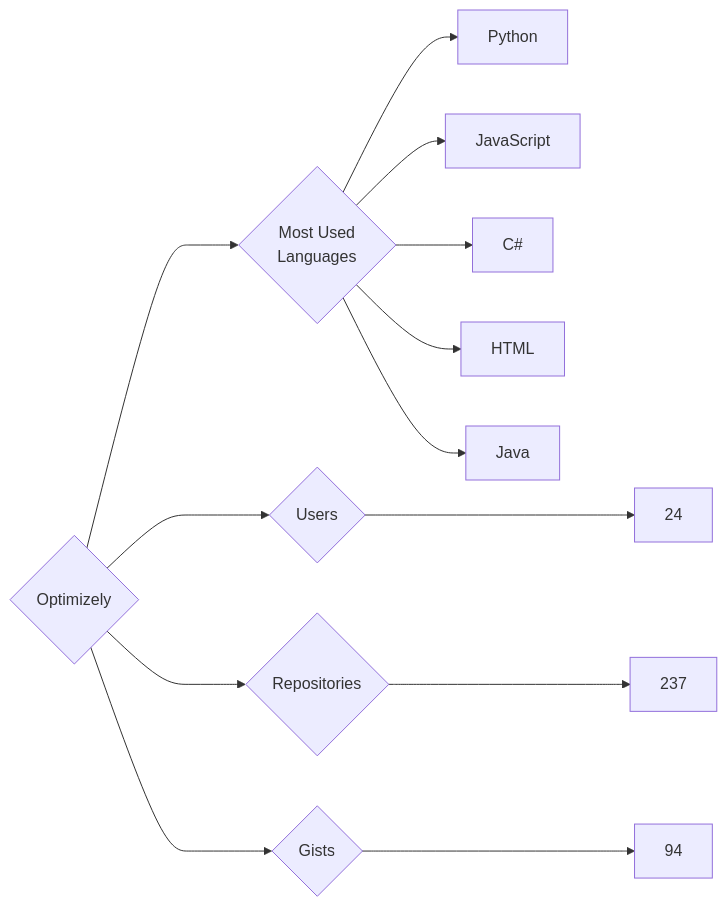
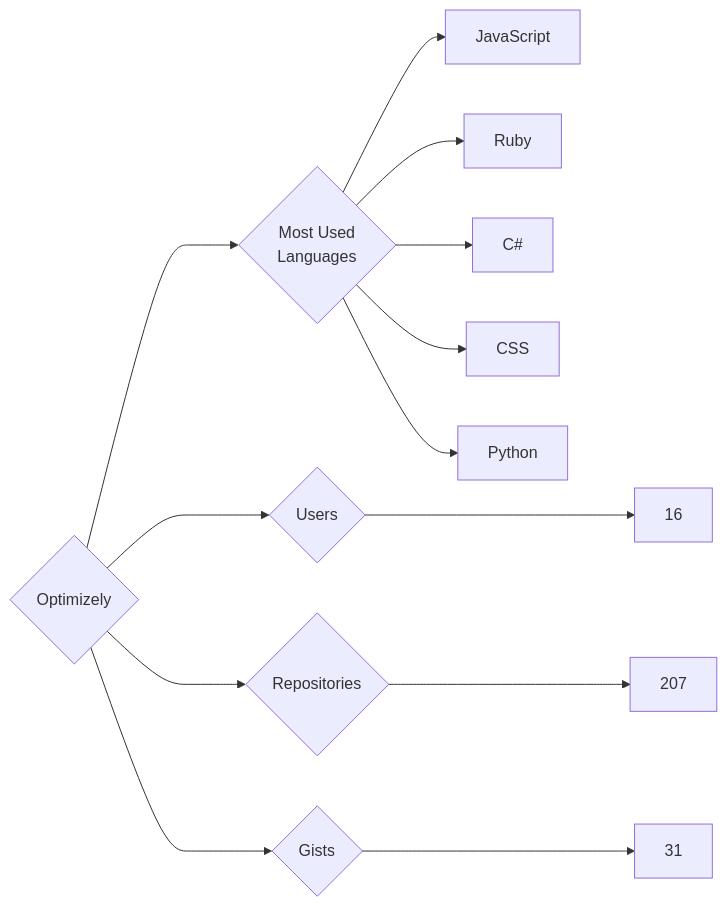
Before and after one commit to trickest/insiders: the diagram in targets/Optimizely/README.md, drawn with Mermaid. The commit also changed 912 other files, not shown here.

````diff
--- a/targets/Optimizely/README.md
+++ b/targets/Optimizely/README.md
@@ -3,13 +3,13 @@
 ```mermaid
 graph LR
 COMPANY_NAME{Optimizely}
-COMPANY_NAME ---> U{Users} ---> UN[24]
-COMPANY_NAME ---> R{Repositories} ---> RN[237]
-COMPANY_NAME ---> G{Gists} ---> GN[94]
+COMPANY_NAME ---> U{Users} ---> UN[16]
+COMPANY_NAME ---> R{Repositories} ---> RN[207]
+COMPANY_NAME ---> G{Gists} ---> GN[31]
 COMPANY_NAME ---> ML{Most Used<br>Languages}
+ML --> JavaScript[JavaScript]
+ML --> Ruby[Ruby]
+ML --> C#[C#]
+ML --> CSS[CSS]
 ML --> Python[Python]
-ML --> JavaScript[JavaScript]
-ML --> C#[C#]
-ML --> HTML[HTML]
-ML --> Java[Java]
 ```
````
